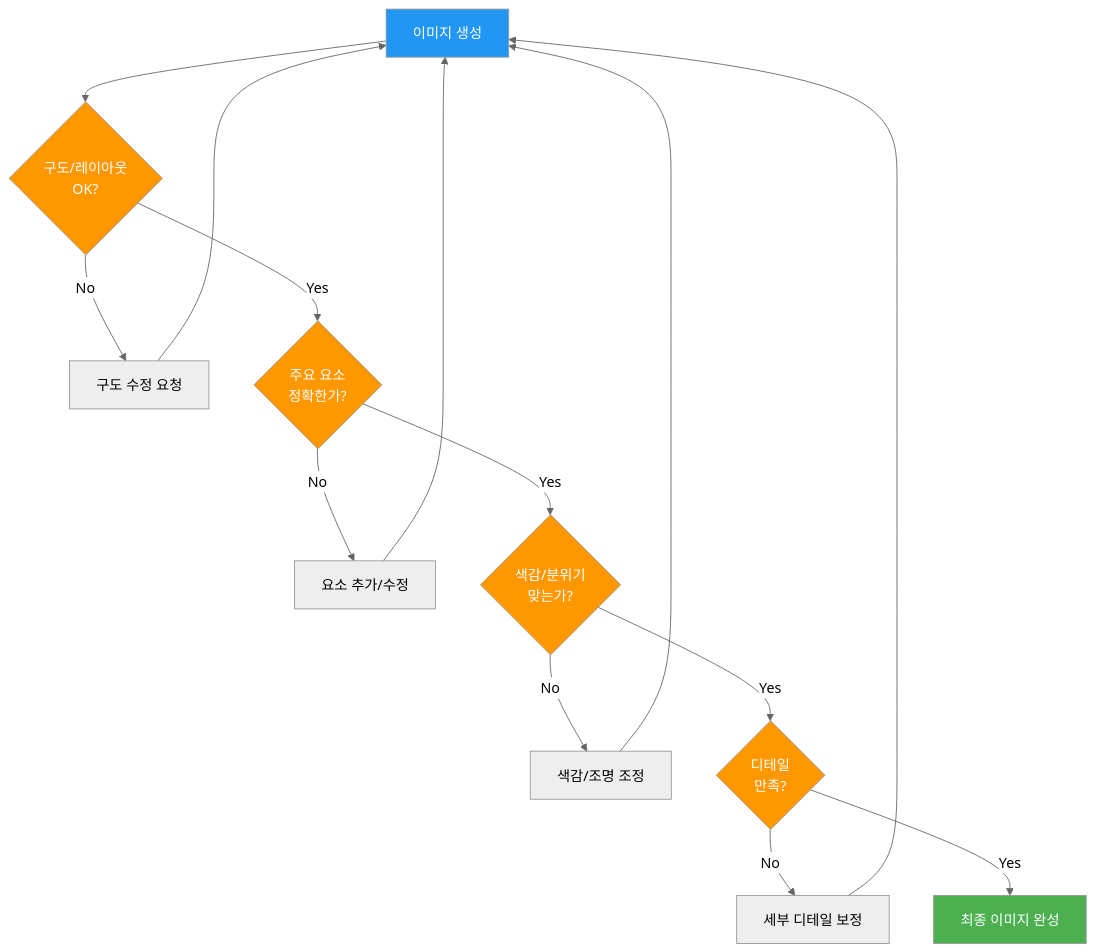
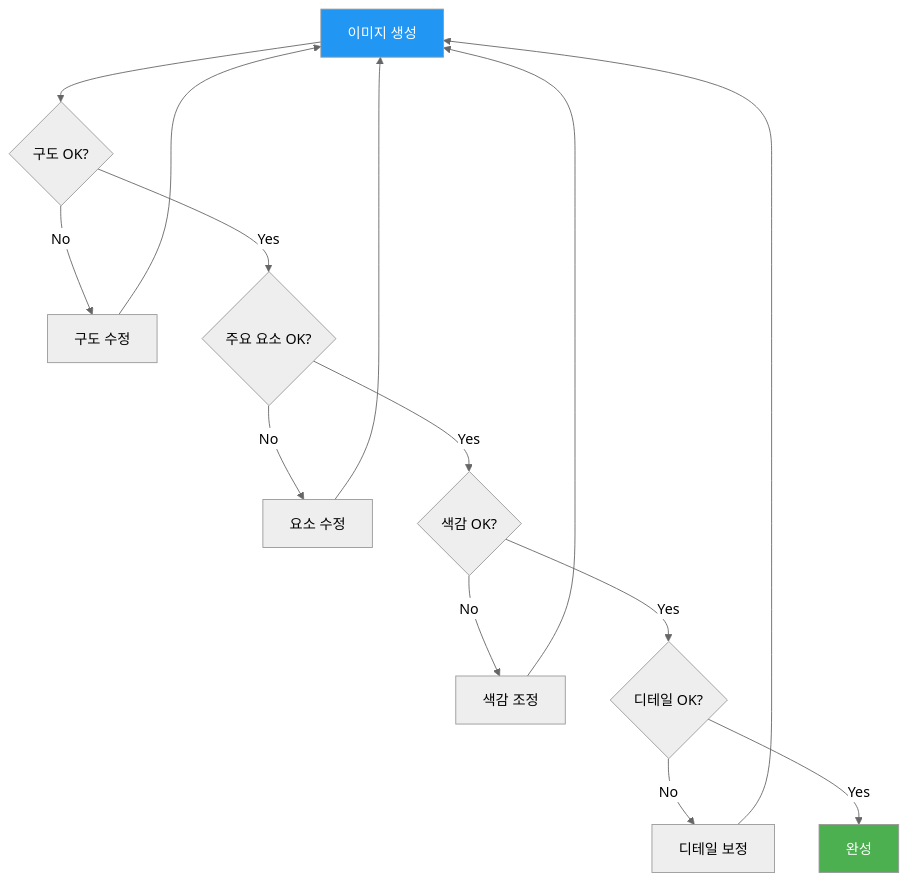
Before and after one commit to jsonpassion/forge-tutorial-promptcanvas: the fourth of 4 diagrams in 03-ch3-chatgpt-이미지-생성-실전/02-02-대화형-이미지-생성-자연어로-그리기.md, drawn with Mermaid (neutral theme). The commit also changed other lines of this file and 63 other files, not shown here.

````diff
--- a/03-ch3-chatgpt-이미지-생성-실전/02-02-대화형-이미지-생성-자연어로-그리기.md
+++ b/03-ch3-chatgpt-이미지-생성-실전/02-02-대화형-이미지-생성-자연어로-그리기.md
@@ -172,23 +158,15 @@
 ```mermaid
 flowchart TD
-    A["이미지 생성"] --> B{"구도/레이아웃<br/>OK?"}
-    B -- No --> C["구도 수정 요청"]
-    C --> A
-    B -- Yes --> D{"주요 요소<br/>정확한가?"}
-    D -- No --> E["요소 추가/수정"]
-    E --> A
-    D -- Yes --> F{"색감/분위기<br/>맞는가?"}
-    F -- No --> G["색감/조명 조정"]
-    G --> A
-    F -- Yes --> H{"디테일<br/>만족?"}
-    H -- No --> I["세부 디테일 보정"]
-    I --> A
-    H -- Yes --> J["최종 이미지 완성"]
+    A["이미지 생성"] --> B{"구도 OK?"}
+    B -- No --> C["구도 수정"] --> A
+    B -- Yes --> D{"주요 요소 OK?"}
+    D -- No --> E["요소 수정"] --> A
+    D -- Yes --> F{"색감 OK?"}
+    F -- No --> G["색감 조정"] --> A
+    F -- Yes --> H{"디테일 OK?"}
+    H -- No --> I["디테일 보정"] --> A
+    H -- Yes --> J["완성"]
 
     style A fill:#2196F3,color:#fff
     style J fill:#4CAF50,color:#fff
-    style B fill:#FF9800,color:#fff
-    style D fill:#FF9800,color:#fff
-    style F fill:#FF9800,color:#fff
-    style H fill:#FF9800,color:#fff
 ```
````
